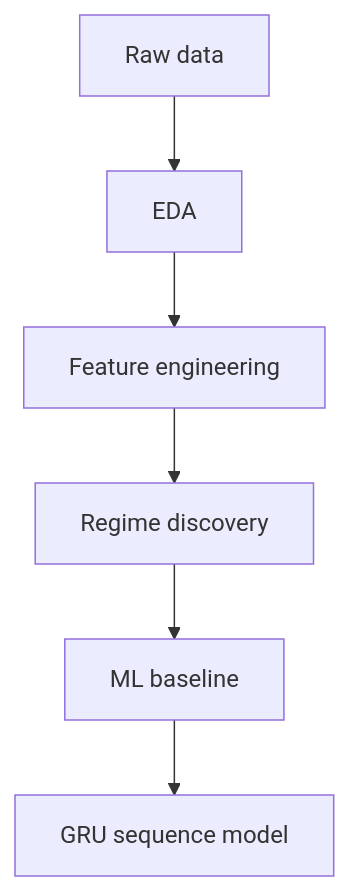
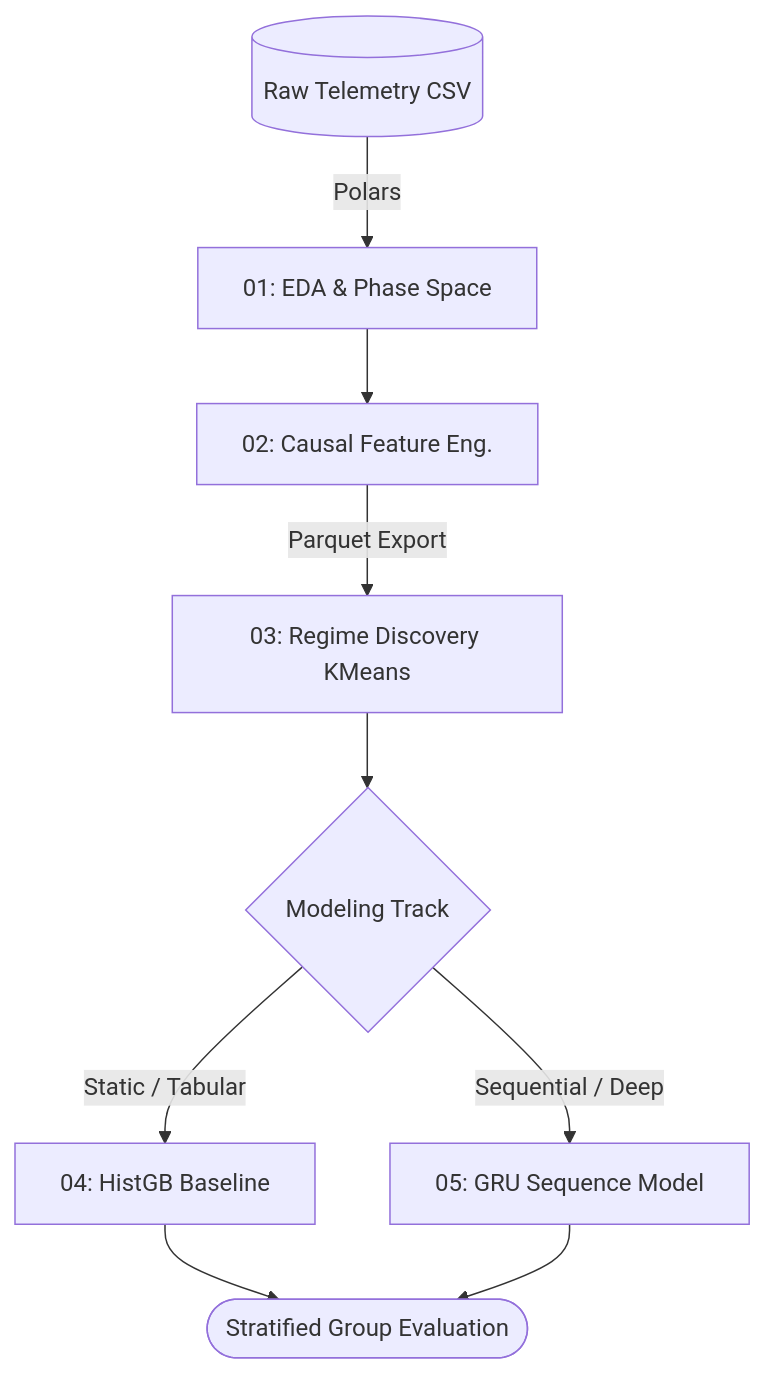
The diagram in README.md (Derkhold/Pmsm_soft_sensor), drawn with Mermaid before and after one commit. The commit also changed other lines of this file, not shown here.

````diff
--- a/README.md
+++ b/README.md
@@ -39,8 +51,14 @@
 ```mermaid
 flowchart TD
-A[Raw data] --> B[EDA]
-B --> C[Feature engineering]
-C --> D[Regime discovery]
-D --> E[ML baseline]
-E --> F[GRU sequence model]
+    A[(Raw Telemetry CSV)] -->|Polars| B[01: EDA & Phase Space]
+    B --> C[02: Causal Feature Eng.]
+    C -->|Parquet Export| D[03: Regime Discovery KMeans]
+    
+    D --> E{Modeling Track}
+    
+    E -->|Static / Tabular| F[04: HistGB Baseline]
+    E -->|Sequential / Deep| G[05: GRU Sequence Model]
+    
+    F --> H([Stratified Group Evaluation])
+    G --> H
 ```
````
